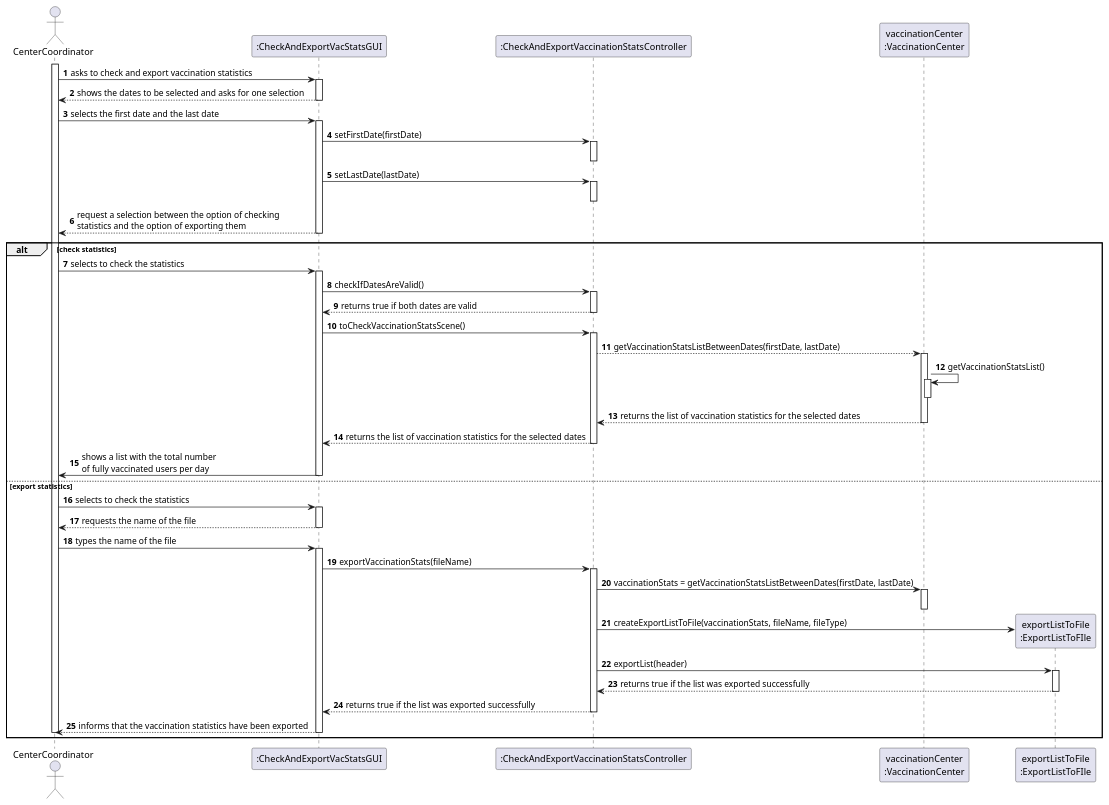
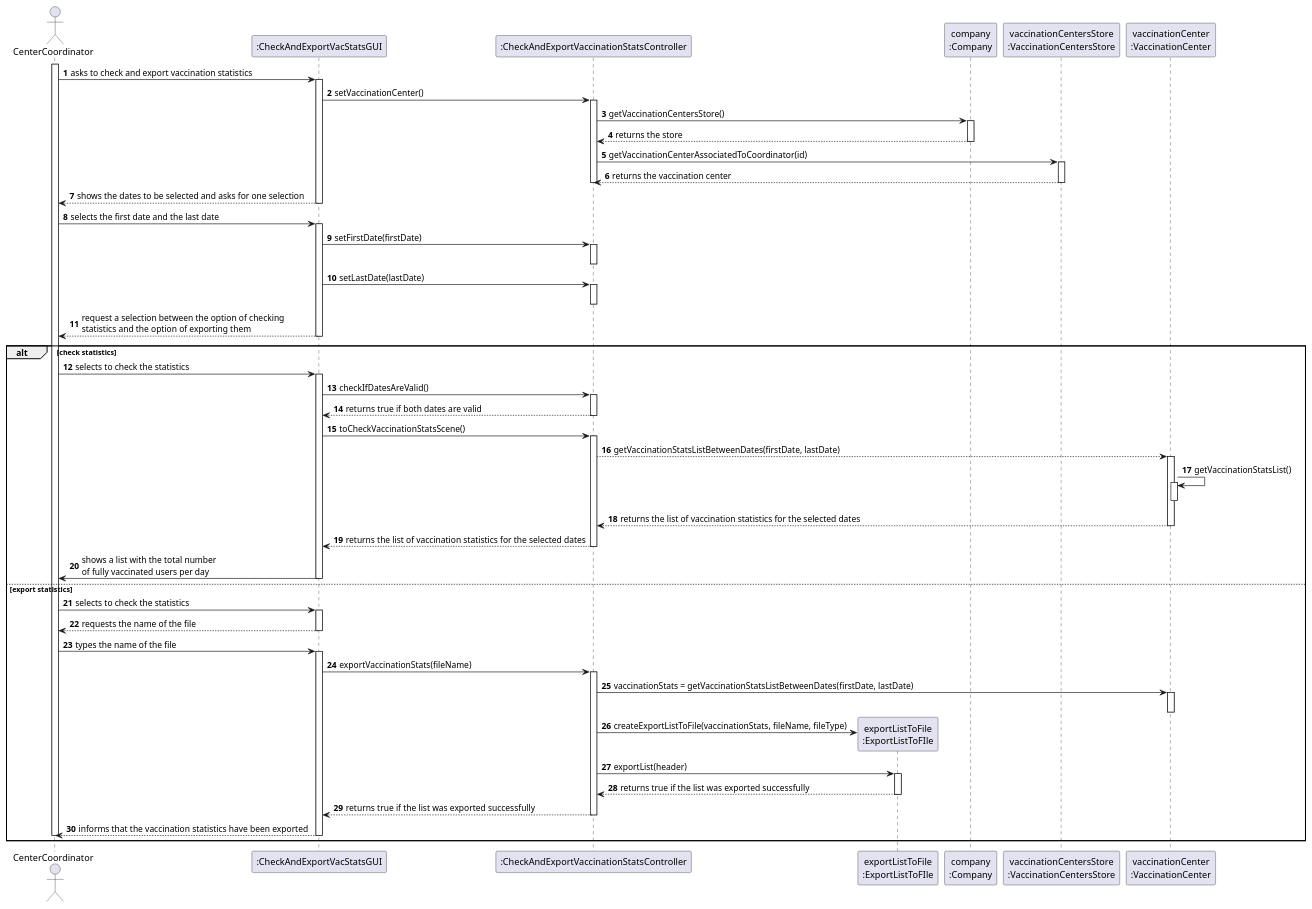
One commit to Pirussa/lei-22-s2-1da-g02 changed the diagram in docs/SprintD/US015/US015_SD.puml. Above: the diagram before and after it, drawn with PlantUML.

Commit message:
US15 - Design - SD update

```diff
--- a/docs/SprintD/US015/US015_SD.puml
+++ b/docs/SprintD/US015/US015_SD.puml
@@ -1,112 +1,129 @@
 @startuml
 
 autonumber
 
 actor CenterCoordinator as CC
 
 participant ":CheckAndExportVacStatsGUI" as UI
 participant ":CheckAndExportVaccinationStatsController" as CTRL
+participant "exportListToFile\n:ExportListToFIle" as EL
+participant "company\n:Company" as C
+participant "vaccinationCentersStore\n:VaccinationCentersStore" as S
 participant "vaccinationCenter\n:VaccinationCenter" as VC
-participant "exportListToFile\n:ExportListToFIle" as EL
-
 
 
 activate CC
 CC -> UI :asks to check and export vaccination statistics
 
 activate UI
+
+UI -> CTRL : setVaccinationCenter()
+activate CTRL
+CTRL -> C : getVaccinationCentersStore()
+activate C
+C --> CTRL : returns the store
+deactivate C
+
+CTRL -> S : getVaccinationCenterAssociatedToCoordinator(id)
+activate S
+S --> CTRL : returns the vaccination center
+deactivate S
+
+
+deactivate CTRL
+
 UI --> CC : shows the dates to be selected and asks for one selection
 deactivate UI
 
 
 CC-> UI : selects the first date and the last date
 
 activate UI
 UI -> CTRL : setFirstDate(firstDate)
 activate CTRL
 deactivate CTRL
 UI -> CTRL : setLastDate(lastDate)
 activate CTRL
 deactivate CTRL
 
 
 UI --> CC : request a selection between the option of checking \nstatistics and the option of exporting them
 deactivate UI
 
 
 
 alt check statistics
 CC -> UI : selects to check the statistics
 activate UI
 
 UI -> CTRL : checkIfDatesAreValid()
 activate CTRL
 CTRL --> UI : returns true if both dates are valid
 deactivate CTRL
 
 UI -> CTRL : toCheckVaccinationStatsScene()
 activate CTRL
 
 CTRL --> VC : getVaccinationStatsListBetweenDates(firstDate, lastDate)
 activate VC
 VC -> VC : getVaccinationStatsList()
 activate VC
 deactivate VC
 VC --> CTRL : returns the list of vaccination statistics for the selected dates
 deactivate VC
 
 CTRL --> UI : returns the list of vaccination statistics for the selected dates
 
 deactivate CTRL
 UI -> CC : shows a list with the total number \nof fully vaccinated users per day
 
 deactivate UI
 
 
 
 
 else export statistics
 CC -> UI : selects to check the statistics
 activate UI
 
 UI --> CC : requests the name of the file
 deactivate UI
 CC-> UI : types the name of the file
 activate UI
 UI -> CTRL : exportVaccinationStats(fileName)
 activate CTRL
 CTRL -> VC : vaccinationStats = getVaccinationStatsListBetweenDates(firstDate, lastDate)
 activate VC
 deactivate VC
 CTRL -> EL ** : createExportListToFile(vaccinationStats, fileName, fileType)
 CTRL -> EL : exportList(header)
 activate EL
 EL --> CTRL : returns true if the list was exported successfully
 deactivate EL
 CTRL --> UI : returns true if the list was exported successfully
 deactivate CTRL
  UI --> CC : informs that the vaccination statistics have been exported
 deactivate UI
 deactivate CC
 end
 
 
 
 
 
 
 
 
 
 
 
 
 
 
 
 
 
 
 
 deactivate CC
 @enduml
```
